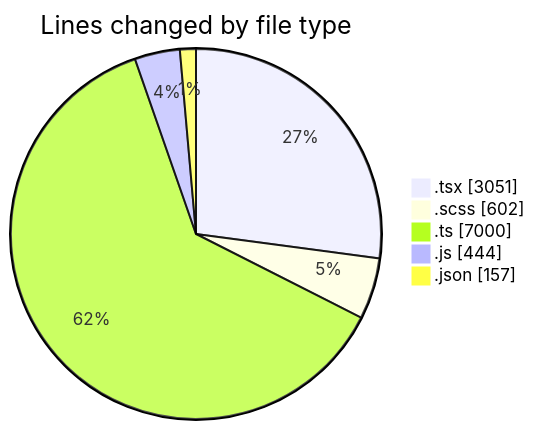
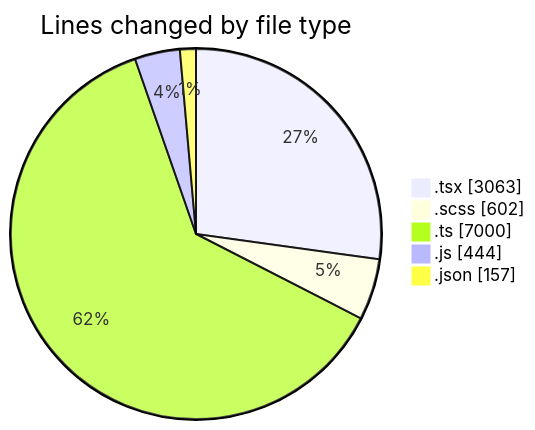
One commit to momahboobian/code-tracking changed the first of 2 diagrams in 2026-04-23/cda/README.md. Above: the diagram before and after it, drawn with Mermaid. The commit also changed other lines of this file and 1 other file, not shown here.

````diff
--- a/2026-04-23/cda/README.md
+++ b/2026-04-23/cda/README.md
@@ -41,9 +41,9 @@
 ```mermaid
 pie showData
 title Lines changed by file type
-".tsx" : 3051
+".tsx" : 3063
 ".scss" : 602
 ".ts" : 7000
 ".js" : 444
 ".json" : 157
 ```
````
